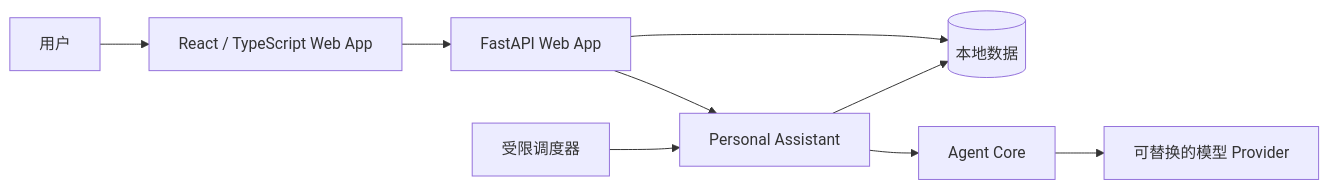
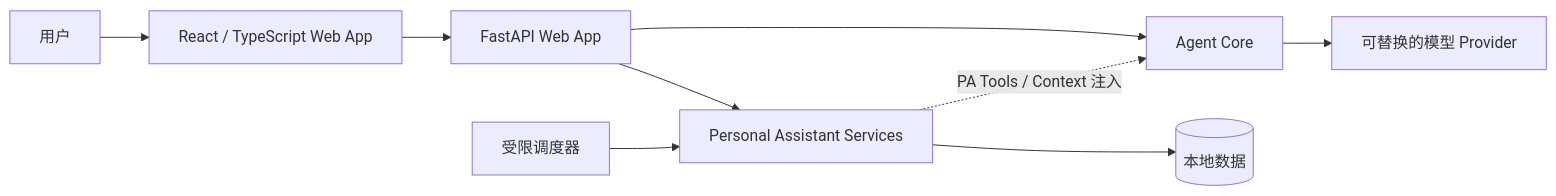
One commit to Ruacha00/Mellowday changed the diagram in docs/portfolio.md. Above: the diagram before and after it, drawn with Mermaid. The commit also changed 1 other file, not shown here.

Commit message:
docs: correct portfolio provenance and architecture

````diff
--- a/docs/portfolio.md
+++ b/docs/portfolio.md
@@ -7,11 +7,11 @@
 ```mermaid
 flowchart LR
     U[用户] --> W[React / TypeScript Web App]
     W --> API[FastAPI Web App]
-    API --> PA[Personal Assistant]
-    PA --> AC[Agent Core]
+    API --> AC[Agent Core]
     AC --> P[可替换的模型 Provider]
+    API --> PA[Personal Assistant Services]
     PA --> D[(本地数据)]
-    API --> D
+    PA -. PA Tools / Context 注入 .-> AC
     S[受限调度器] --> PA
 ```
````
